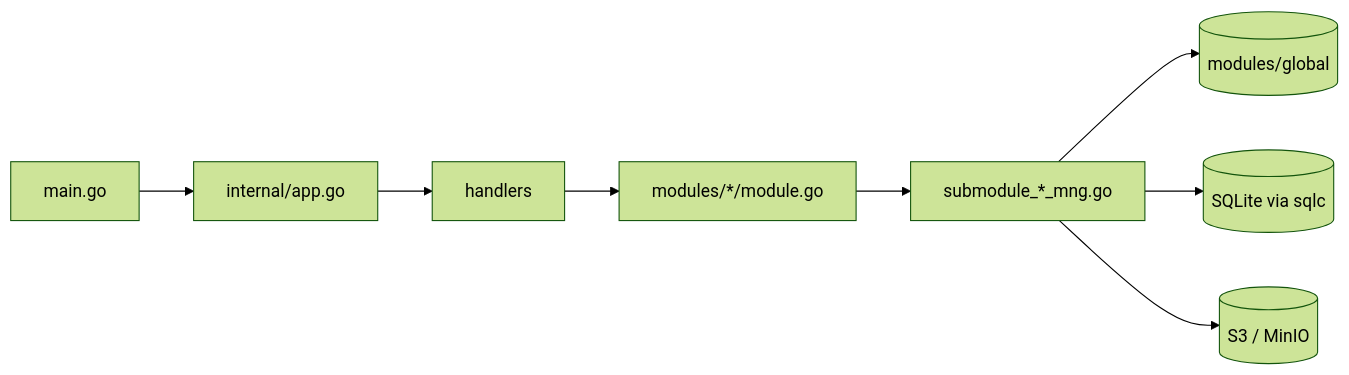
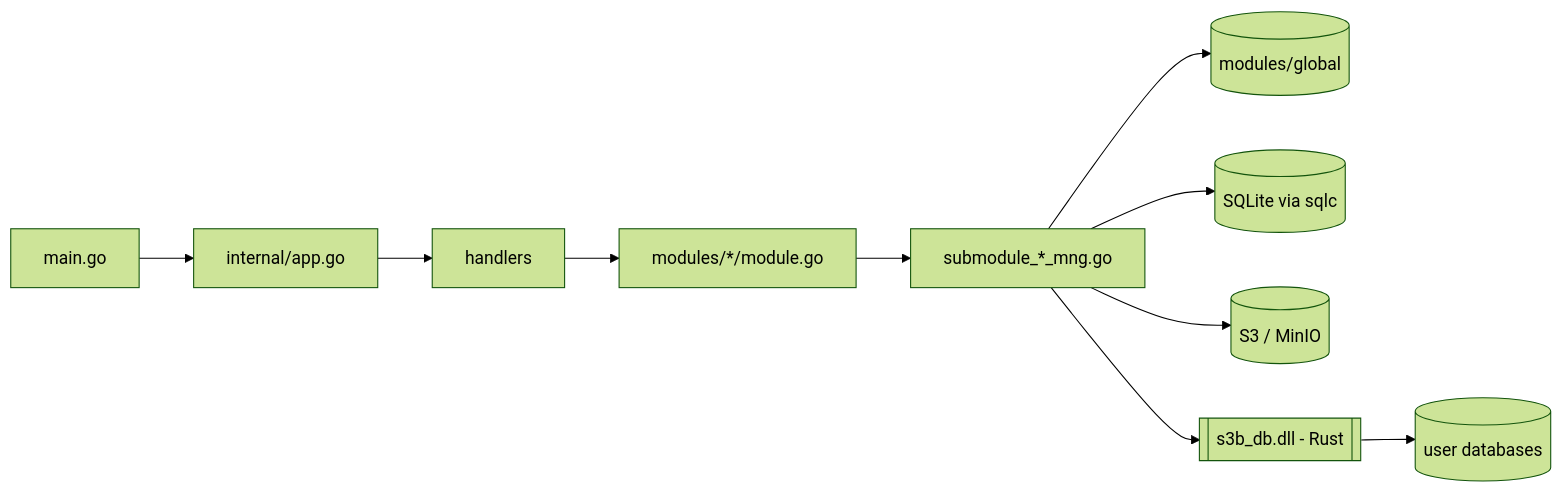
The first of 2 diagrams in docs/ARCHITECTURE.de.md (TranMinhTruyen/s3-browser), drawn with Mermaid (forest theme) before and after one commit. The commit also changed other lines of this file and 57 other files, not shown here.

````diff
--- a/docs/ARCHITECTURE.de.md
+++ b/docs/ARCHITECTURE.de.md
@@ -39,10 +43,12 @@
 ```mermaid
 flowchart LR
   main[main.go] --> app[internal/app.go]
   app --> H[handlers]
   H --> M[modules/*/module.go]
   M --> S[submodule_*_mng.go]
   S --> G[(modules/global)]
   S --> DB[(SQLite via sqlc)]
   S --> S3[(S3 / MinIO)]
+  S --> DLL[[s3b_db.dll - Rust]]
+  DLL --> UDB[(user databases)]
 ```
````
